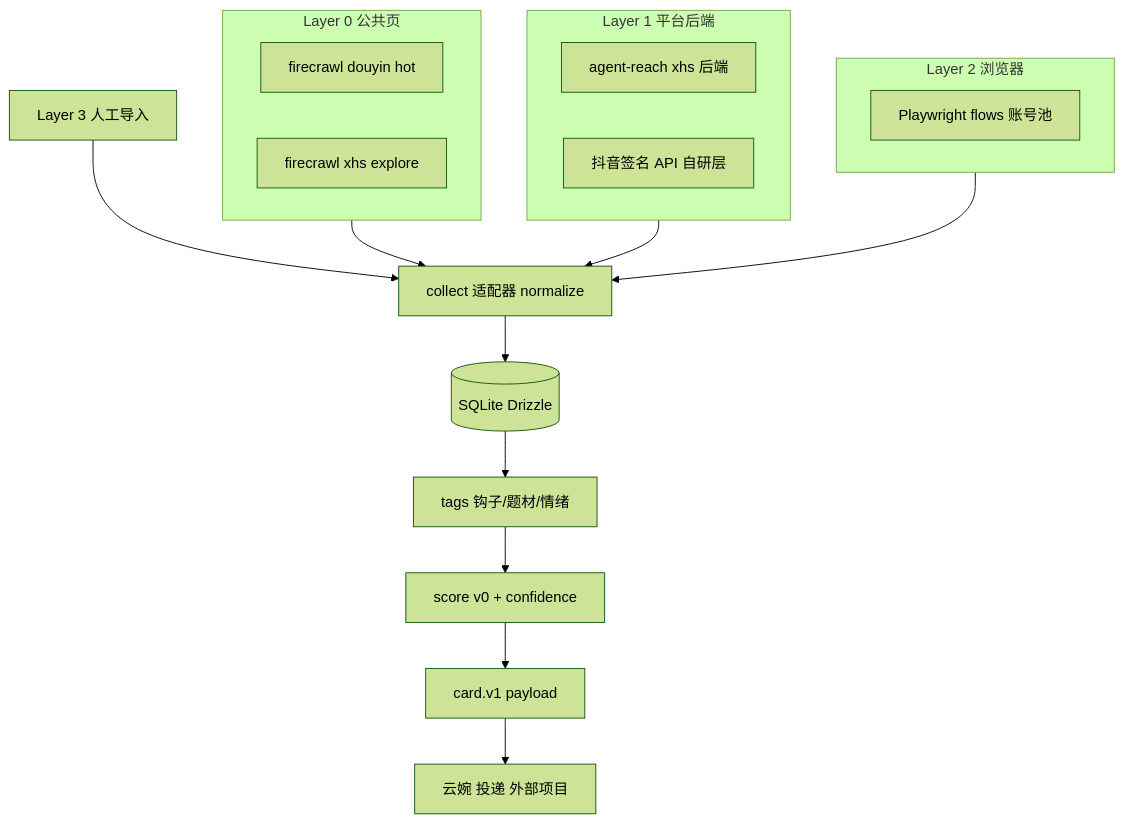
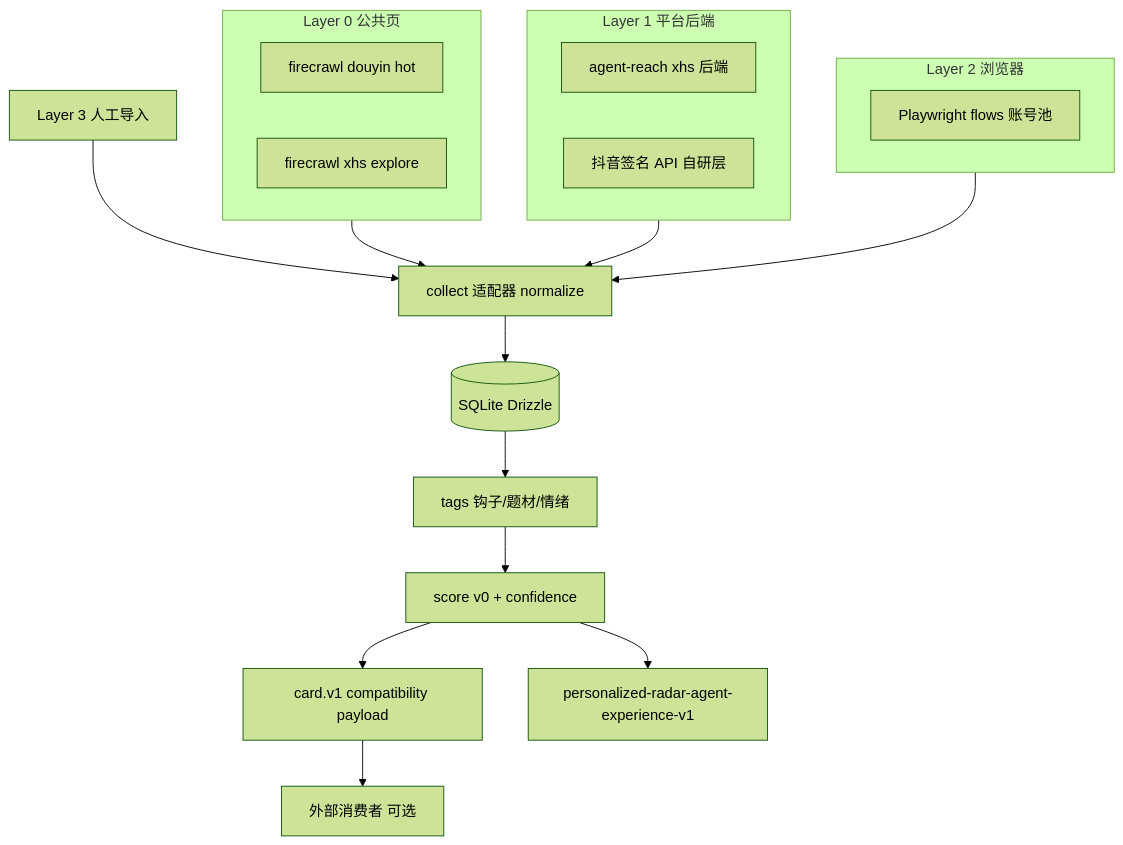
One commit to yeisme/short-drama-radar changed the diagram in openspec/changes/establish-crawler-first-radar/design.md. Above: the diagram before and after it, drawn with Mermaid (forest theme). The commit also changed other lines of this file and 105 other files, not shown here.

````diff
--- a/openspec/changes/establish-crawler-first-radar/design.md
+++ b/openspec/changes/establish-crawler-first-radar/design.md
@@ -3,23 +3,24 @@
 ```mermaid
 flowchart TD
     subgraph L0[Layer 0 公共页]
         A1[firecrawl douyin hot]
         A2[firecrawl xhs explore]
     end
     subgraph L1[Layer 1 平台后端]
         B1[agent-reach xhs 后端]
         B2[抖音签名 API 自研层]
     end
     subgraph L2[Layer 2 浏览器]
         C1[Playwright flows 账号池]
     end
     L3[Layer 3 人工导入] --> P
     L0 --> P[collect 适配器 normalize]
     L1 --> P
     L2 --> P
     P --> S[(SQLite Drizzle)]
     S --> T[tags 钩子/题材/情绪]
     T --> SC[score v0 + confidence]
-    SC --> CD[card.v1 payload]
-    CD --> YW[云婉 投递 外部项目]
+    SC --> CD[card.v1 compatibility payload]
+    SC --> PR[personalized-radar-agent-experience-v1]
+    CD --> EC[外部消费者 可选]
 ```
````
